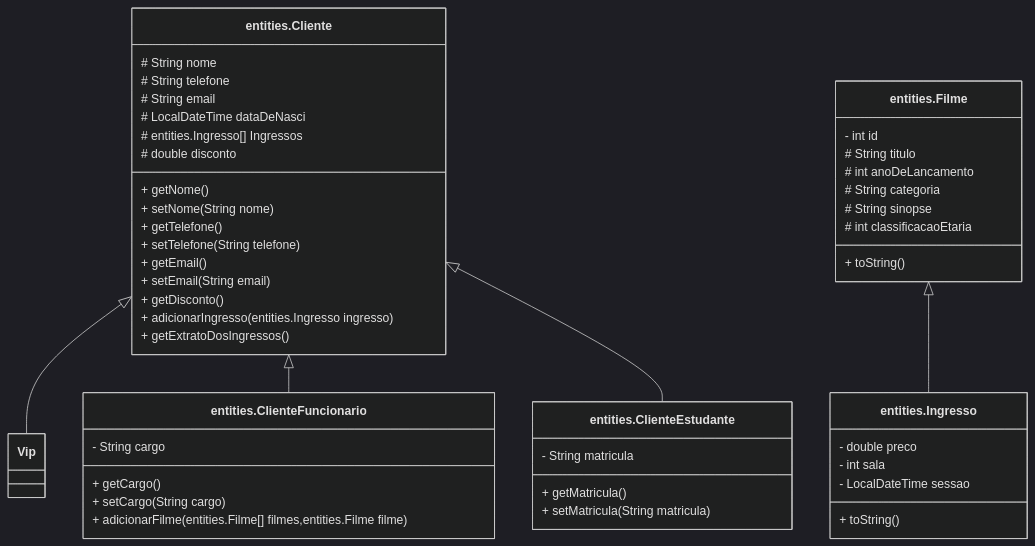
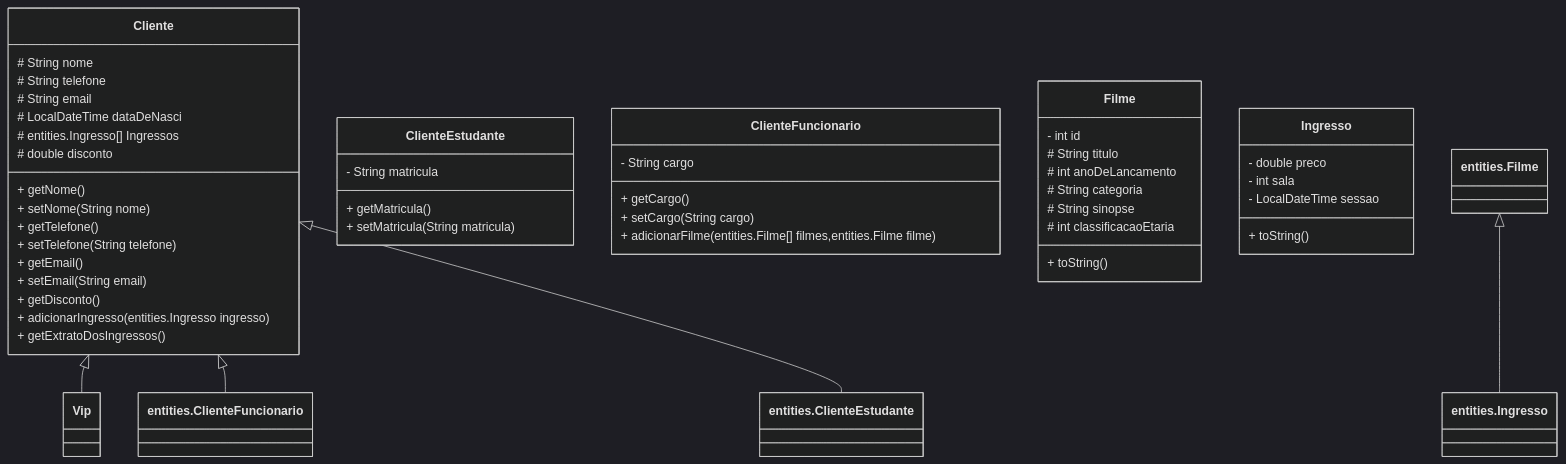
One commit to Dev-Vinicius1/agenda-filme changed the diagram in README.md. Above: the diagram before and after it, drawn with Mermaid (dark theme). The commit also changed 4 other files, not shown here.

````diff
--- a/README.md
+++ b/README.md
@@ -3,48 +3,48 @@
 ```mermaid
 classDiagram
-entities.Cliente : # String nome
-entities.Cliente : # String telefone
-entities.Cliente : # String email
-entities.Cliente : # LocalDateTime dataDeNasci
-entities.Cliente : # entities.Ingresso[] Ingressos
-entities.Cliente : # double disconto
-entities.Cliente : + getNome()
-entities.Cliente : + setNome(String nome)
-entities.Cliente : + getTelefone()
-entities.Cliente : + setTelefone(String telefone)
-entities.Cliente : + getEmail()
-entities.Cliente : + setEmail(String email)
-entities.Cliente : + getDisconto()
-entities.Cliente : + adicionarIngresso(entities.Ingresso ingresso)
-entities.Cliente : + getExtratoDosIngressos()
+Cliente : # String nome
+Cliente : # String telefone
+Cliente : # String email
+Cliente : # LocalDateTime dataDeNasci
+Cliente : # entities.Ingresso[] Ingressos
+Cliente : # double disconto
+Cliente : + getNome()
+Cliente : + setNome(String nome)
+Cliente : + getTelefone()
+Cliente : + setTelefone(String telefone)
+Cliente : + getEmail()
+Cliente : + setEmail(String email)
+Cliente : + getDisconto()
+Cliente : + adicionarIngresso(entities.Ingresso ingresso)
+Cliente : + getExtratoDosIngressos()
 
-entities.ClienteEstudante : - String matricula
-entities.ClienteEstudante : + getMatricula()
-entities.ClienteEstudante : + setMatricula(String matricula)
+ClienteEstudante : - String matricula
+ClienteEstudante : + getMatricula()
+ClienteEstudante : + setMatricula(String matricula)
 
-entities.ClienteFuncionario : - String cargo
-entities.ClienteFuncionario : + getCargo()
-entities.ClienteFuncionario : + setCargo(String cargo)
-entities.ClienteFuncionario : + adicionarFilme(entities.Filme[] filmes,entities.Filme filme)
+ClienteFuncionario : - String cargo
+ClienteFuncionario : + getCargo()
+ClienteFuncionario : + setCargo(String cargo)
+ClienteFuncionario : + adicionarFilme(entities.Filme[] filmes,entities.Filme filme)
 
-entities.Cliente <|-- Vip
-entities.Cliente <|-- entities.ClienteFuncionario
-entities.Cliente <|-- entities.ClienteEstudante
+Cliente <|-- Vip
+Cliente <|-- entities.ClienteFuncionario
+Cliente <|-- entities.ClienteEstudante
 
-entities.Filme : - int id
-entities.Filme : # String titulo
-entities.Filme : # int anoDeLancamento
-entities.Filme : # String categoria
-entities.Filme : # String sinopse
-entities.Filme : # int classificacaoEtaria
-entities.Filme : + toString()
+Filme : - int id
+Filme : # String titulo
+Filme : # int anoDeLancamento
+Filme : # String categoria
+Filme : # String sinopse
+Filme : # int classificacaoEtaria
+Filme : + toString()
 
 
-entities.Ingresso: - double preco
-entities.Ingresso: - int sala
-entities.Ingresso: - LocalDateTime sessao
-entities.Ingresso : + toString()
+Ingresso: - double preco
+Ingresso: - int sala
+Ingresso: - LocalDateTime sessao
+Ingresso : + toString()
 
 
 entities.Filme <|-- entities.Ingresso
 ```
````
